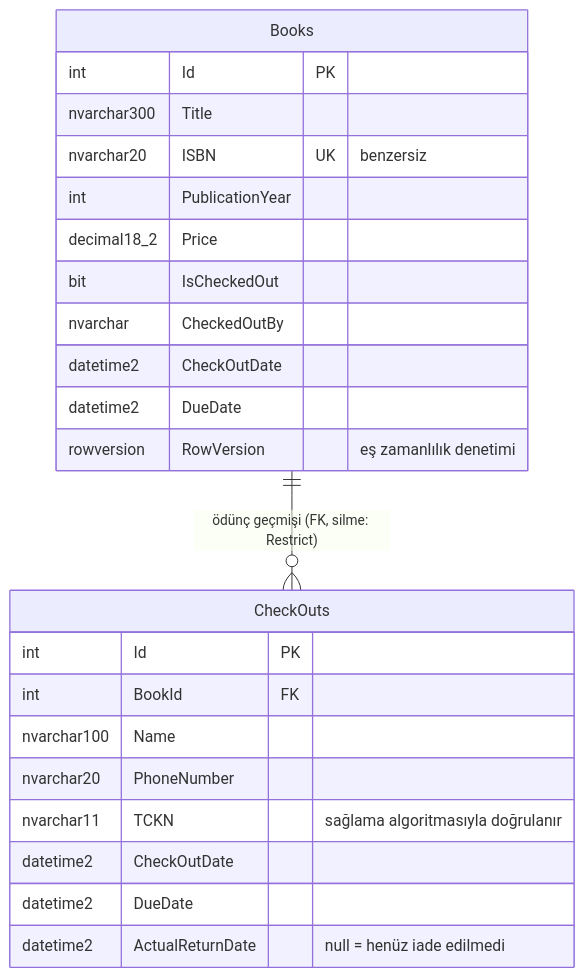
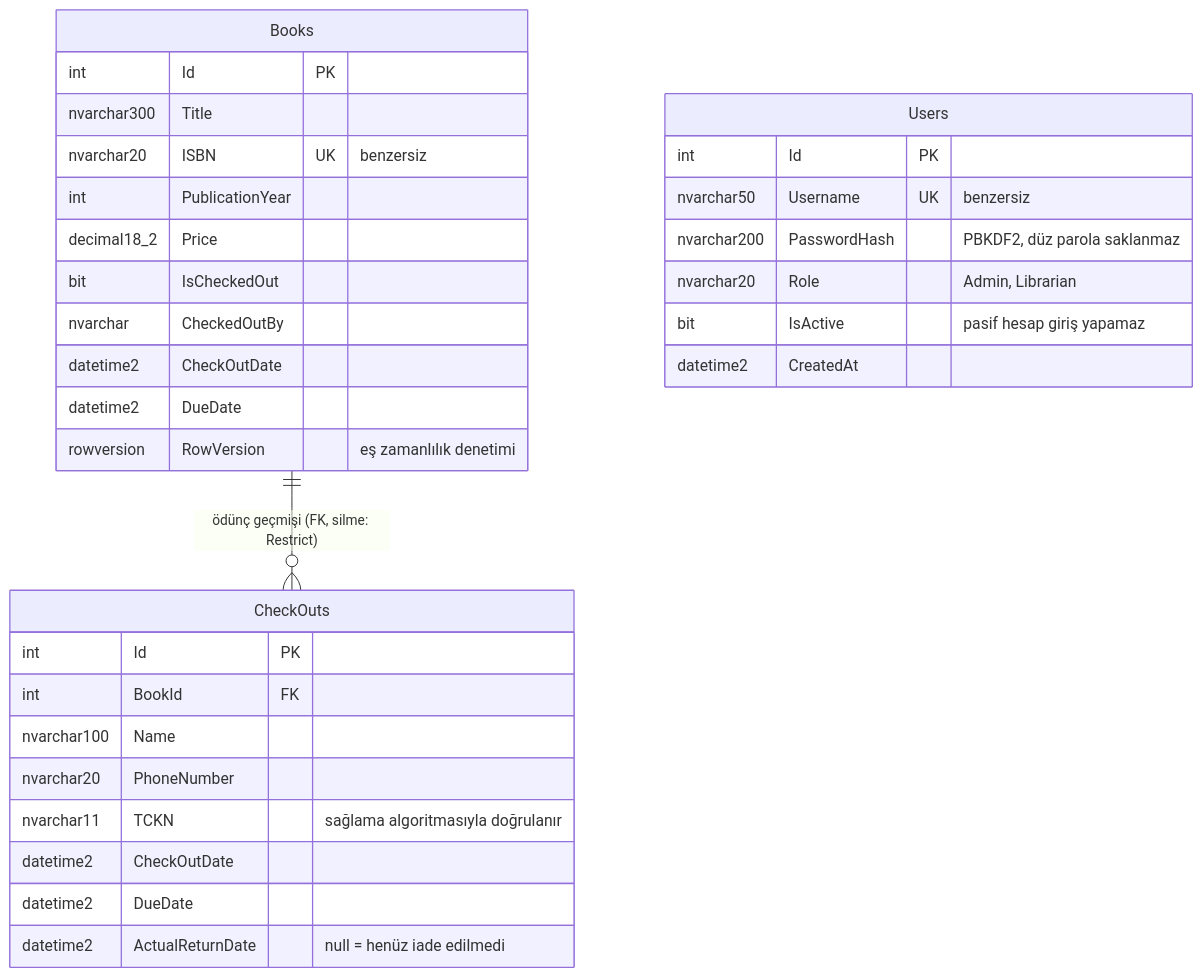
One commit to emircankilicaslan/BookTrack changed the diagram in README.md. Above: the diagram before and after it, drawn with Mermaid. The commit also changed other lines of this file and 28 other files, not shown here.

First line of the commit message:
JWT kimlik doğrulama ve rol bazlı yetki (Admin, Librarian) eklendi

````diff
--- a/README.md
+++ b/README.md
@@ -38,26 +40,34 @@
 ```mermaid
 erDiagram
     Books ||--o{ CheckOuts : "ödünç geçmişi (FK, silme: Restrict)"
     Books {
         int Id PK
         nvarchar300 Title
         nvarchar20 ISBN UK "benzersiz"
         int PublicationYear
         decimal18_2 Price
         bit IsCheckedOut
         nvarchar CheckedOutBy
         datetime2 CheckOutDate
         datetime2 DueDate
         rowversion RowVersion "eş zamanlılık denetimi"
     }
     CheckOuts {
         int Id PK
         int BookId FK
         nvarchar100 Name
         nvarchar20 PhoneNumber
         nvarchar11 TCKN "sağlama algoritmasıyla doğrulanır"
         datetime2 CheckOutDate
         datetime2 DueDate
         datetime2 ActualReturnDate "null = henüz iade edilmedi"
     }
+    Users {
+        int Id PK
+        nvarchar50 Username UK "benzersiz"
+        nvarchar200 PasswordHash "PBKDF2, düz parola saklanmaz"
+        nvarchar20 Role "Admin, Librarian"
+        bit IsActive "pasif hesap giriş yapamaz"
+        datetime2 CreatedAt
+    }
 ```
````
